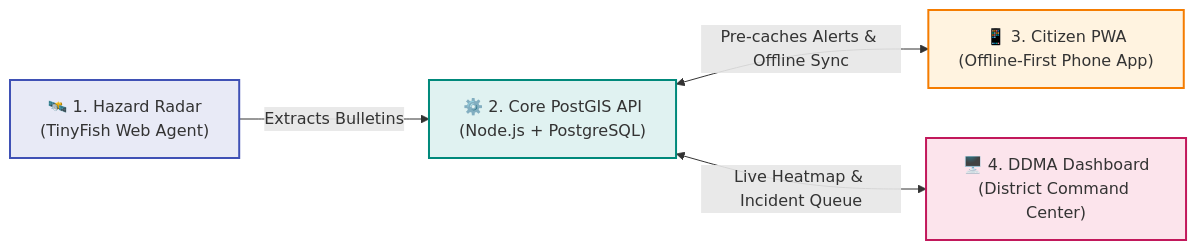
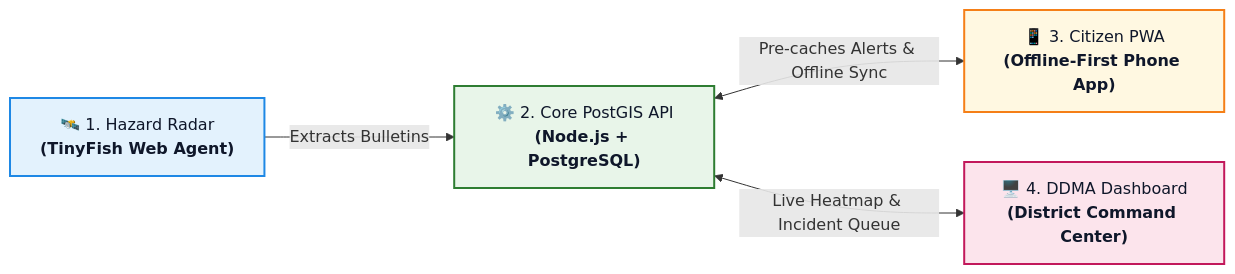
The first of 3 diagrams in README.md (COOKEE-MJ/AAGAM_), drawn with Mermaid before and after one commit. The commit also changed other lines of this file, not shown here.

Commit message:
docs: improve flowchart contrast, align rules table, and update contributors

````diff
--- a/README.md
+++ b/README.md
@@ -63,11 +62,16 @@
 ```mermaid
 flowchart LR
-    A["🛰️ 1. Hazard Radar\n(TinyFish Web Agent)"] -->|"Extracts Bulletins"| B["⚙️ 2. Core PostGIS API\n(Node.js + PostgreSQL)"]
-    B <-->|"Pre-caches Alerts & Offline Sync"| C["📱 3. Citizen PWA\n(Offline-First Phone App)"]
-    B <-->|"Live Heatmap & Incident Queue"| D["🖥️ 4. DDMA Dashboard\n(District Command Center)"]
+    A["🛰️ 1. Hazard Radar<br/><b>(TinyFish Web Agent)</b>"] -->|"Extracts Bulletins"| B["⚙️ 2. Core PostGIS API<br/><b>(Node.js + PostgreSQL)</b>"]
+    B <-->|"Pre-caches Alerts & Offline Sync"| C["📱 3. Citizen PWA<br/><b>(Offline-First Phone App)</b>"]
+    B <-->|"Live Heatmap & Incident Queue"| D["🖥️ 4. DDMA Dashboard<br/><b>(District Command Center)</b>"]
 
-    style A fill:#e8eaf6,stroke:#3f51b5,stroke-width:2px
-    style B fill:#e0f2f1,stroke:#00897b,stroke-width:2px
-    style C fill:#fff3e0,stroke:#f57c00,stroke-width:2px
-    style D fill:#fce4ec,stroke:#c2185b,stroke-width:2px
+    classDef lightBlue fill:#E3F2FD,stroke:#1E88E5,stroke-width:2px,color:#0F172A;
+    classDef lightGreen fill:#E8F5E9,stroke:#2E7D32,stroke-width:2px,color:#0F172A;
+    classDef lightAmber fill:#FFF8E1,stroke:#F57F17,stroke-width:2px,color:#0F172A;
+    classDef lightRose fill:#FCE4EC,stroke:#C2185B,stroke-width:2px,color:#0F172A;
+
+    class A lightBlue;
+    class B lightGreen;
+    class C lightAmber;
+    class D lightRose;
 ```
````
